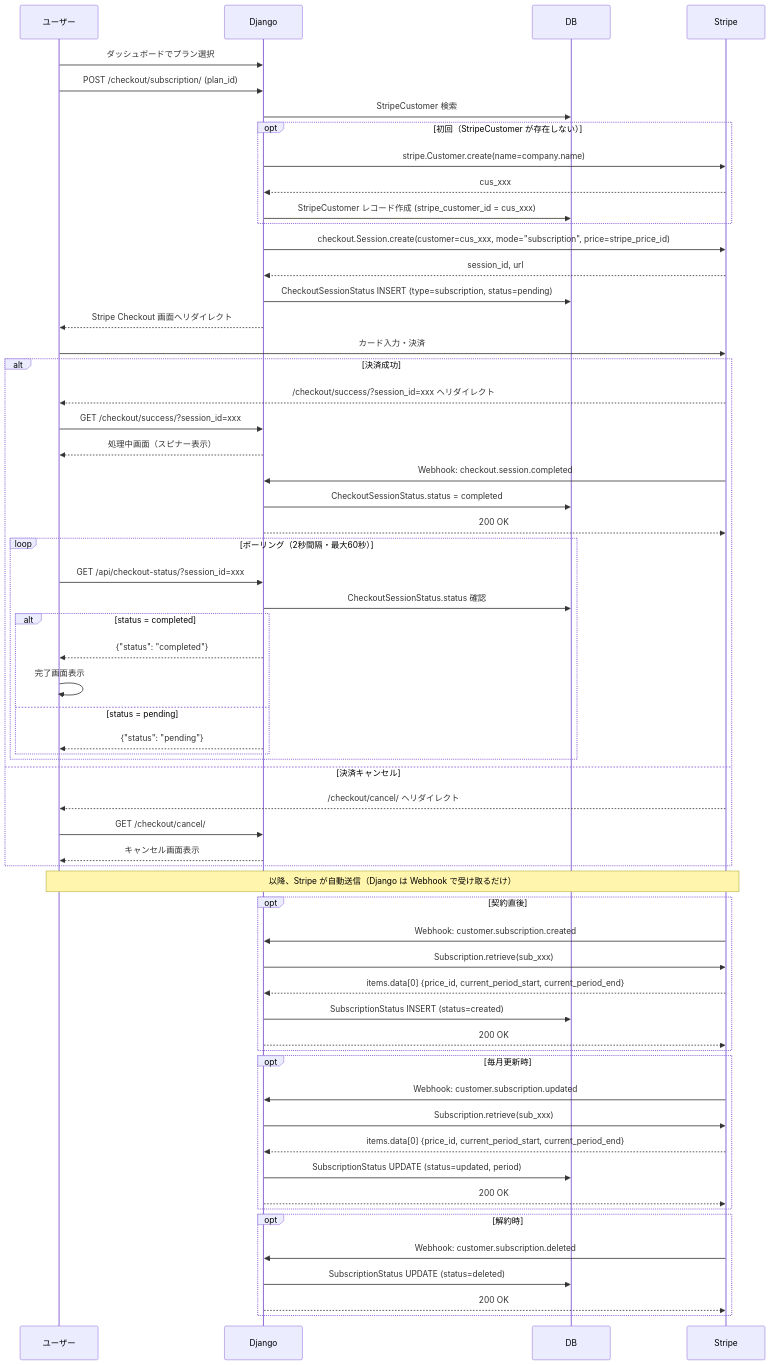
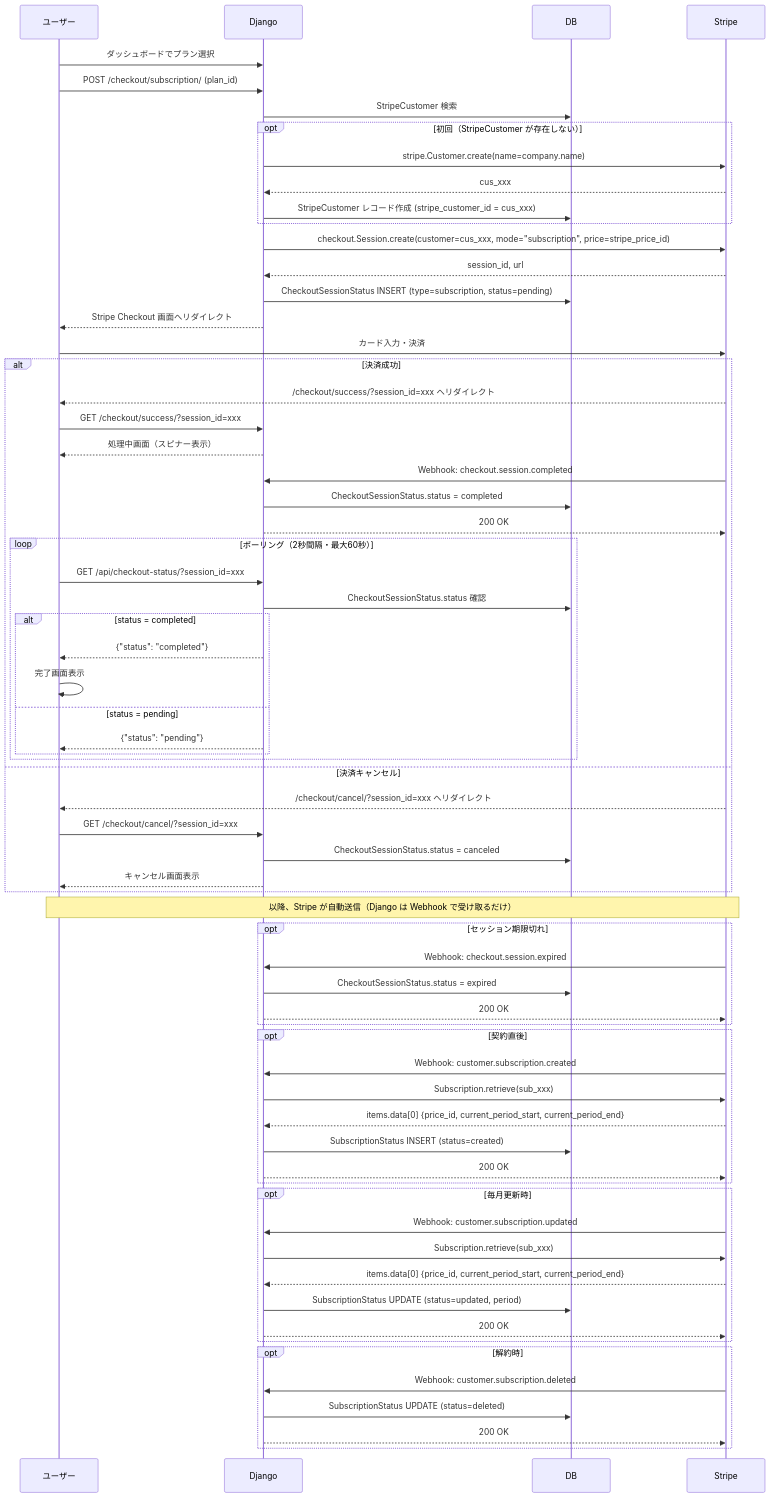
One commit to suzuki-tomok/payment-core changed the first of 4 diagrams in docs/sequence-diagram.md. Above: the diagram before and after it, drawn with Mermaid. The commit also changed other lines of this file and 10 other files, not shown here.

First line of the commit message:
feat: Checkout セッションのcanceled/expired ステータス追加

````diff
--- a/docs/sequence-diagram.md
+++ b/docs/sequence-diagram.md
@@ -5,75 +5,82 @@
 ```mermaid
 sequenceDiagram
     participant U as ユーザー
     participant D as Django
     participant DB as DB
     participant S as Stripe
 
     U->>D: ダッシュボードでプラン選択
     U->>D: POST /checkout/subscription/ (plan_id)
 
     D->>DB: StripeCustomer 検索
 
     opt 初回（StripeCustomer が存在しない）
         D->>S: stripe.Customer.create(name=company.name)
         S-->>D: cus_xxx
         D->>DB: StripeCustomer レコード作成 (stripe_customer_id = cus_xxx)
     end
 
     D->>S: checkout.Session.create(customer=cus_xxx, mode="subscription", price=stripe_price_id)
     S-->>D: session_id, url
     D->>DB: CheckoutSessionStatus INSERT (type=subscription, status=pending)
     D-->>U: Stripe Checkout 画面へリダイレクト
 
     U->>S: カード入力・決済
 
     alt 決済成功
         S-->>U: /checkout/success/?session_id=xxx へリダイレクト
         U->>D: GET /checkout/success/?session_id=xxx
         D-->>U: 処理中画面（スピナー表示）
 
         S->>D: Webhook: checkout.session.completed
         D->>DB: CheckoutSessionStatus.status = completed
         D-->>S: 200 OK
 
         loop ポーリング（2秒間隔・最大60秒）
             U->>D: GET /api/checkout-status/?session_id=xxx
             D->>DB: CheckoutSessionStatus.status 確認
             alt status = completed
                 D-->>U: {"status": "completed"}
                 U->>U: 完了画面表示
             else status = pending
                 D-->>U: {"status": "pending"}
             end
         end
 
     else 決済キャンセル
-        S-->>U: /checkout/cancel/ へリダイレクト
-        U->>D: GET /checkout/cancel/
+        S-->>U: /checkout/cancel/?session_id=xxx へリダイレクト
+        U->>D: GET /checkout/cancel/?session_id=xxx
+        D->>DB: CheckoutSessionStatus.status = canceled
         D-->>U: キャンセル画面表示
     end
 
     Note over U,S: 以降、Stripe が自動送信（Django は Webhook で受け取るだけ）
+
+    opt セッション期限切れ
+        S->>D: Webhook: checkout.session.expired
+        D->>DB: CheckoutSessionStatus.status = expired
+        D-->>S: 200 OK
+    end
 
     opt 契約直後
         S->>D: Webhook: customer.subscription.created
         D->>S: Subscription.retrieve(sub_xxx)
         S-->>D: items.data[0] {price_id, current_period_start, current_period_end}
         D->>DB: SubscriptionStatus INSERT (status=created)
         D-->>S: 200 OK
     end
 
     opt 毎月更新時
         S->>D: Webhook: customer.subscription.updated
         D->>S: Subscription.retrieve(sub_xxx)
         S-->>D: items.data[0] {price_id, current_period_start, current_period_end}
         D->>DB: SubscriptionStatus UPDATE (status=updated, period)
         D-->>S: 200 OK
     end
 
     opt 解約時
         S->>D: Webhook: customer.subscription.deleted
         D->>DB: SubscriptionStatus UPDATE (status=deleted)
         D-->>S: 200 OK
     end
 ```
````
